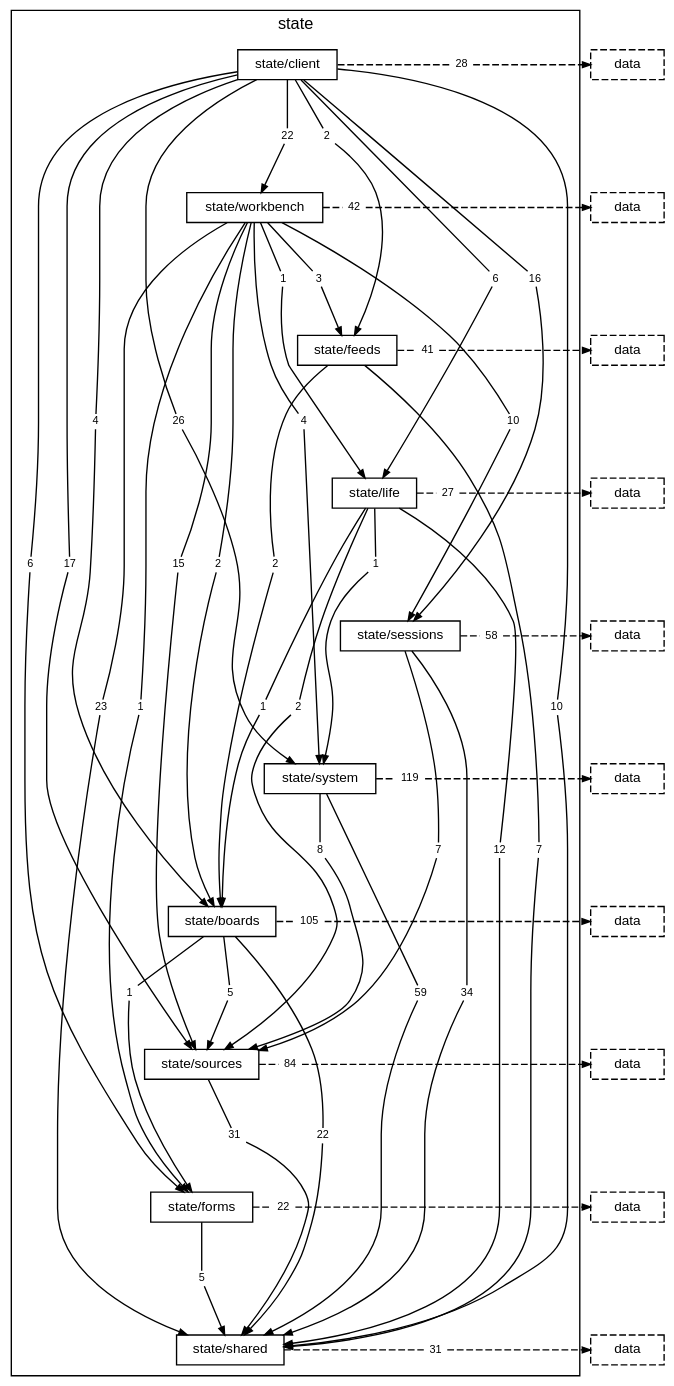
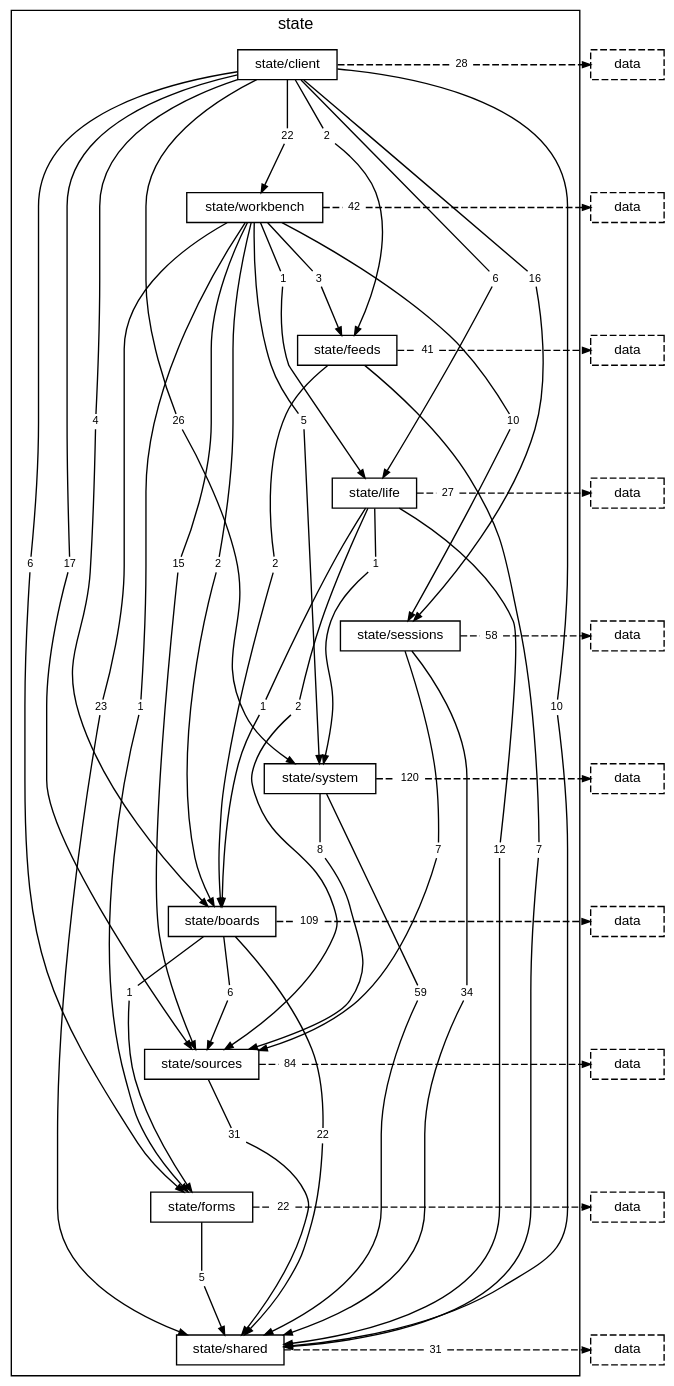
Before and after one commit to TheAxeC/oculus: the diagram in docs/diagrams/layer-state.dot, drawn with Graphviz. The commit also changed 65 other files, not shown here.

```diff
--- a/docs/diagrams/layer-state.dot
+++ b/docs/diagrams/layer-state.dot
@@ -31,7 +31,7 @@
         "folder state/workbench to folder state/sessions" [label="10", shape=box, color="transparent", fontsize=8, width=0, height=0, margin="0.04,0.02"];
         "folder state/workbench to folder state/shared" [label="23", shape=box, color="transparent", fontsize=8, width=0, height=0, margin="0.04,0.02"];
         "folder state/workbench to folder state/sources" [label="15", shape=box, color="transparent", fontsize=8, width=0, height=0, margin="0.04,0.02"];
-        "folder state/workbench to folder state/system" [label="4", shape=box, color="transparent", fontsize=8, width=0, height=0, margin="0.04,0.02"];
+        "folder state/workbench to folder state/system" [label="5", shape=box, color="transparent", fontsize=8, width=0, height=0, margin="0.04,0.02"];
         "folder state/workbench to layer data" [label="42", shape=box, color="transparent", fontsize=8, width=0, height=0, margin="0.04,0.02"];
         "folder state/feeds to folder state/boards" [label="2", shape=box, color="transparent", fontsize=8, width=0, height=0, margin="0.04,0.02"];
         "folder state/feeds to folder state/shared" [label="7", shape=box, color="transparent", fontsize=8, width=0, height=0, margin="0.04,0.02"];
@@ -46,11 +46,11 @@
         "folder state/sessions to layer data" [label="58", shape=box, color="transparent", fontsize=8, width=0, height=0, margin="0.04,0.02"];
         "folder state/system to folder state/shared" [label="59", shape=box, color="transparent", fontsize=8, width=0, height=0, margin="0.04,0.02"];
         "folder state/system to folder state/sources" [label="8", shape=box, color="transparent", fontsize=8, width=0, height=0, margin="0.04,0.02"];
-        "folder state/system to layer data" [label="119", shape=box, color="transparent", fontsize=8, width=0, height=0, margin="0.04,0.02"];
+        "folder state/system to layer data" [label="120", shape=box, color="transparent", fontsize=8, width=0, height=0, margin="0.04,0.02"];
         "folder state/boards to folder state/forms" [label="1", shape=box, color="transparent", fontsize=8, width=0, height=0, margin="0.04,0.02"];
         "folder state/boards to folder state/shared" [label="22", shape=box, color="transparent", fontsize=8, width=0, height=0, margin="0.04,0.02"];
-        "folder state/boards to folder state/sources" [label="5", shape=box, color="transparent", fontsize=8, width=0, height=0, margin="0.04,0.02"];
-        "folder state/boards to layer data" [label="105", shape=box, color="transparent", fontsize=8, width=0, height=0, margin="0.04,0.02"];
+        "folder state/boards to folder state/sources" [label="6", shape=box, color="transparent", fontsize=8, width=0, height=0, margin="0.04,0.02"];
+        "folder state/boards to layer data" [label="109", shape=box, color="transparent", fontsize=8, width=0, height=0, margin="0.04,0.02"];
         "folder state/sources to folder state/shared" [label="31", shape=box, color="transparent", fontsize=8, width=0, height=0, margin="0.04,0.02"];
         "folder state/sources to layer data" [label="84", shape=box, color="transparent", fontsize=8, width=0, height=0, margin="0.04,0.02"];
         "folder state/forms to folder state/shared" [label="5", shape=box, color="transparent", fontsize=8, width=0, height=0, margin="0.04,0.02"];
```
